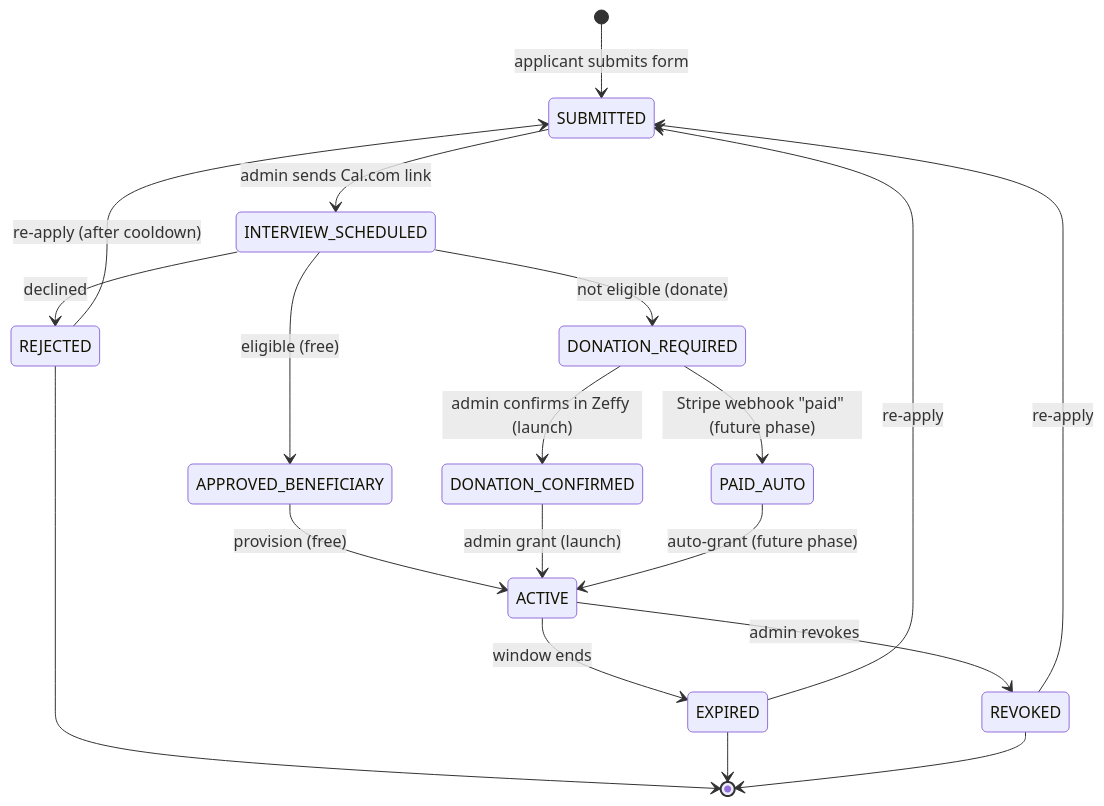
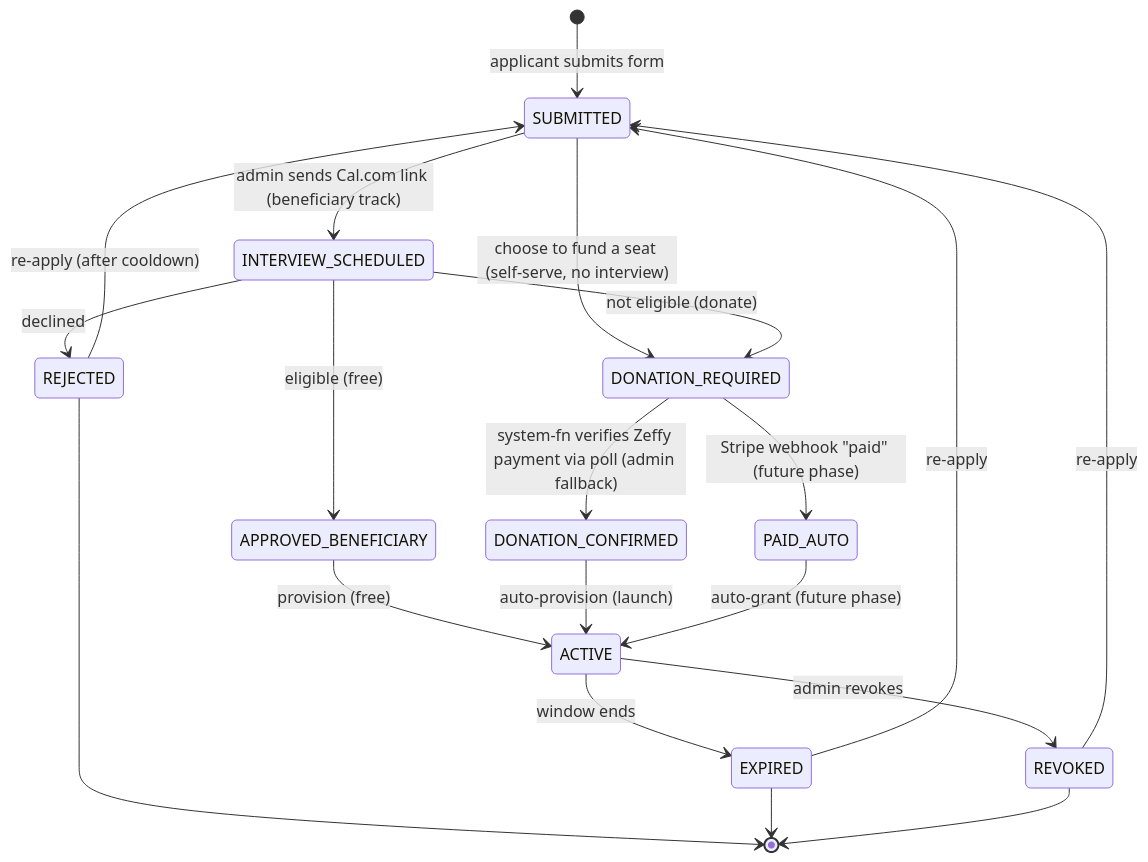
Before and after one commit to tccao/stem-career-path-ai-era: the second of 3 diagrams in docs/Customer-Journey.md, drawn with Mermaid. The commit also changed other lines of this file and 7 other files, not shown here.

First line of the commit message:
Refactor Service Tradeoff Analysis and Well-Architected Review documentation

````diff
--- a/docs/Customer-Journey.md
+++ b/docs/Customer-Journey.md
@@ -149,24 +153,25 @@
 ```mermaid
 stateDiagram-v2
     [*] --> SUBMITTED: applicant submits form
-    SUBMITTED --> INTERVIEW_SCHEDULED: admin sends Cal.com link
+    SUBMITTED --> INTERVIEW_SCHEDULED: admin sends Cal.com link (beneficiary track)
+    SUBMITTED --> DONATION_REQUIRED: choose to fund a seat (self-serve, no interview)
     INTERVIEW_SCHEDULED --> APPROVED_BENEFICIARY: eligible (free)
     INTERVIEW_SCHEDULED --> DONATION_REQUIRED: not eligible (donate)
     INTERVIEW_SCHEDULED --> REJECTED: declined
 
-    DONATION_REQUIRED --> DONATION_CONFIRMED: admin confirms in Zeffy (launch)
+    DONATION_REQUIRED --> DONATION_CONFIRMED: system-fn verifies Zeffy payment via poll (admin fallback)
     DONATION_REQUIRED --> PAID_AUTO: Stripe webhook "paid" (future phase)
 
     APPROVED_BENEFICIARY --> ACTIVE: provision (free)
-    DONATION_CONFIRMED --> ACTIVE: admin grant (launch)
+    DONATION_CONFIRMED --> ACTIVE: auto-provision (launch)
     PAID_AUTO --> ACTIVE: auto-grant (future phase)
 
     ACTIVE --> EXPIRED: window ends
     ACTIVE --> REVOKED: admin revokes
     EXPIRED --> SUBMITTED: re-apply
     REVOKED --> SUBMITTED: re-apply
     REJECTED --> SUBMITTED: re-apply (after cooldown)
     REJECTED --> [*]
     EXPIRED --> [*]
     REVOKED --> [*]
 ```
````
